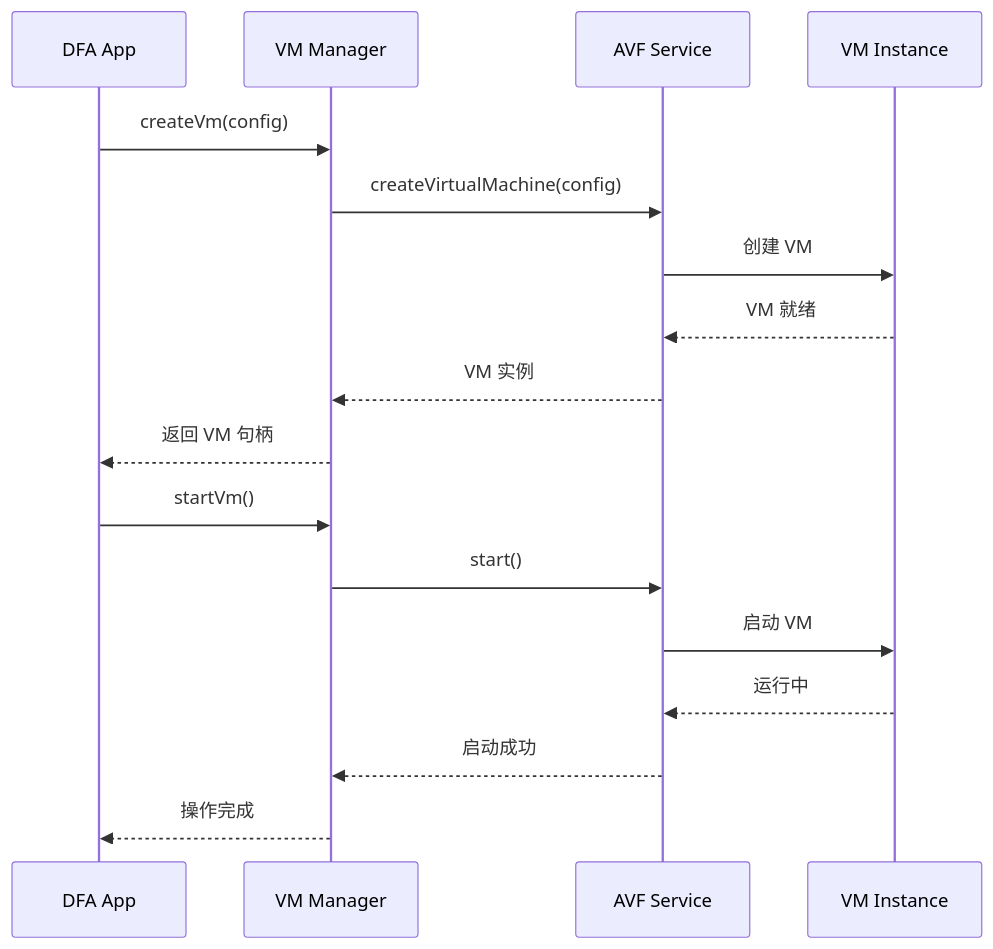
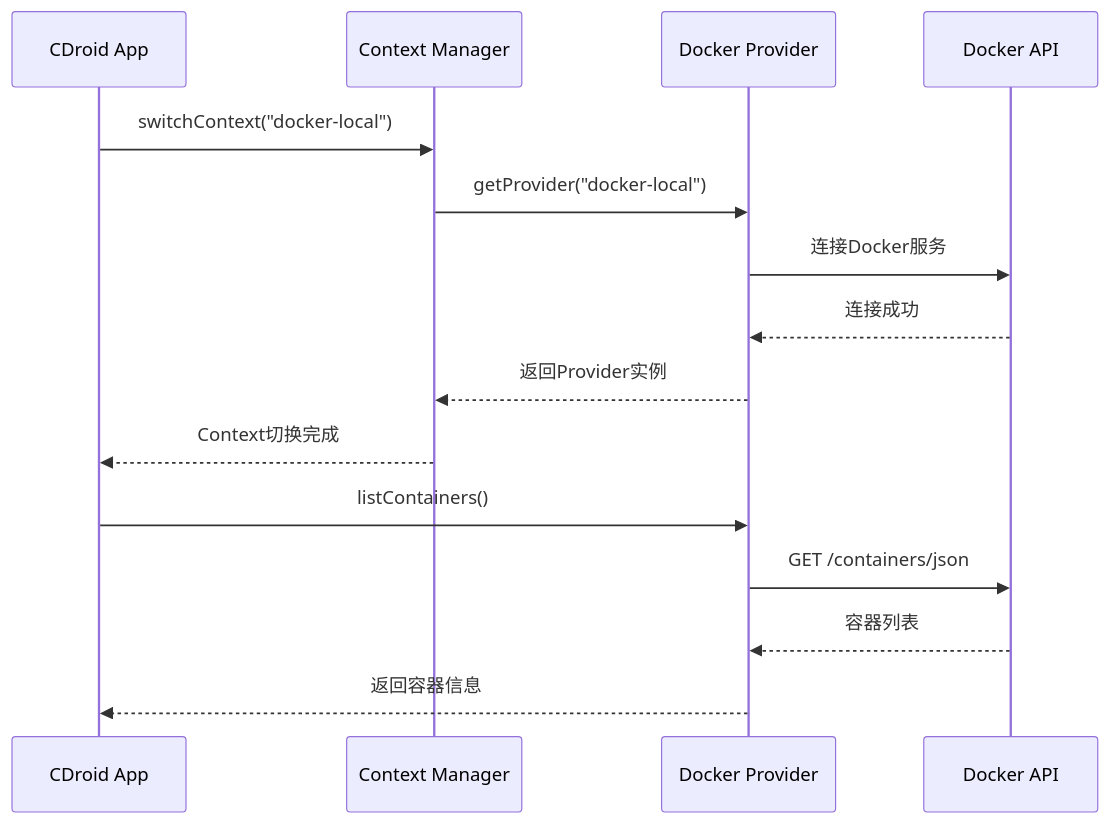
Before and after one commit to LineCatOvO/DFA: the second of 10 diagrams in docs/ARCHITECTURE.md, drawn with Mermaid. The commit also changed other lines of this file and 25 other files, not shown here.

````diff
--- a/docs/ARCHITECTURE.md
+++ b/docs/ARCHITECTURE.md
@@ -182,21 +124,19 @@
 ```mermaid
 sequenceDiagram
-    participant App as DFA App
-    participant VM as VM Manager
-    participant AVF as AVF Service
-    participant VMInst as VM Instance
+    participant App as CDroid App
+    participant CM as Context Manager
+    participant DP as Docker Provider
+    participant API as Docker API
     
-    App->>VM: createVm(config)
-    VM->>AVF: createVirtualMachine(config)
-    AVF->>VMInst: 创建 VM
-    VMInst-->>AVF: VM 就绪
-    AVF-->>VM: VM 实例
-    VM-->>App: 返回 VM 句柄
+    App->>CM: switchContext("docker-local")
+    CM->>DP: getProvider("docker-local")
+    DP->>API: 连接Docker服务
+    API-->>DP: 连接成功
+    DP-->>CM: 返回Provider实例
+    CM-->>App: Context切换完成
     
-    App->>VM: startVm()
-    VM->>AVF: start()
-    AVF->>VMInst: 启动 VM
-    VMInst-->>AVF: 运行中
-    AVF-->>VM: 启动成功
-    VM-->>App: 操作完成
+    App->>DP: listContainers()
+    DP->>API: GET /containers/json
+    API-->>DP: 容器列表
+    DP-->>App: 返回容器信息
 ```
````
